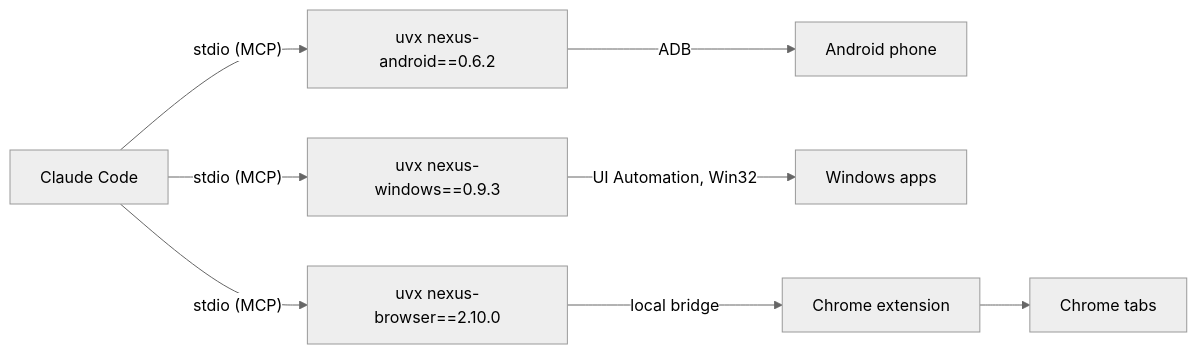
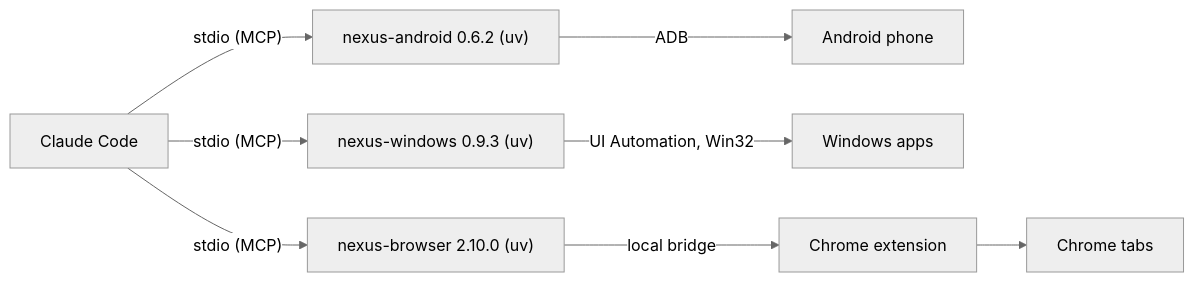
Before and after one commit to pironjulien/NexusSystem: the diagram in README.md, drawn with Mermaid (neutral theme). The commit also changed other lines of this file and 24 other files, not shown here.

````diff
--- a/README.md
+++ b/README.md
@@ -43,6 +43,6 @@
 ```mermaid
 flowchart LR
-    C["Claude Code"] -- "stdio (MCP)" --> A["uvx nexus-android==0.6.2"] -- ADB --> P["Android phone"]
-    C -- "stdio (MCP)" --> W["uvx nexus-windows==0.9.3"] -- "UI Automation, Win32" --> D["Windows apps"]
-    C -- "stdio (MCP)" --> B["uvx nexus-browser==2.10.0"] -- "local bridge" --> E["Chrome extension"] --> T["Chrome tabs"]
+    C["Claude Code"] -- "stdio (MCP)" --> A["nexus-android 0.6.2 (uv)"] -- ADB --> P["Android phone"]
+    C -- "stdio (MCP)" --> W["nexus-windows 0.9.3 (uv)"] -- "UI Automation, Win32" --> D["Windows apps"]
+    C -- "stdio (MCP)" --> B["nexus-browser 2.10.0 (uv)"] -- "local bridge" --> E["Chrome extension"] --> T["Chrome tabs"]
 ```
````
